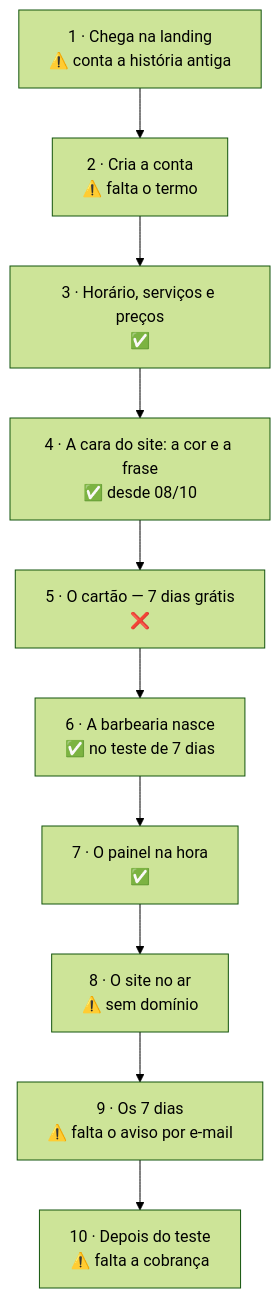
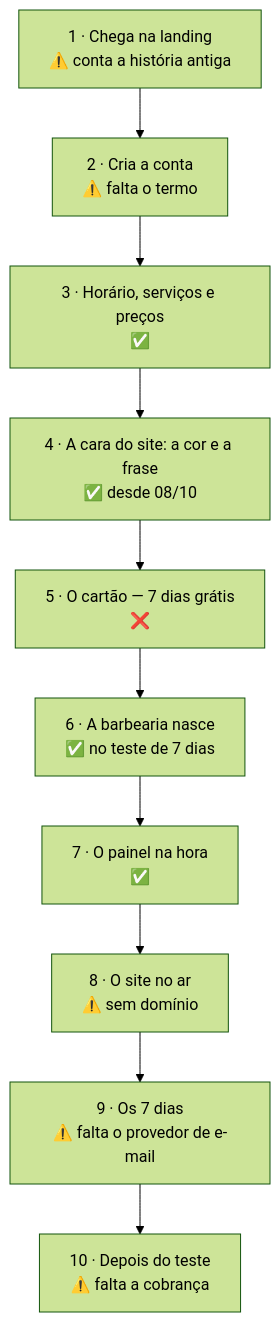
The diagram in docs/JORNADA-DO-BARBEIRO.md (Alexandfdes/Barbearia), drawn with Mermaid (forest theme) before and after one commit. The commit also changed other lines of this file and 6 other files, not shown here.

````diff
--- a/docs/JORNADA-DO-BARBEIRO.md
+++ b/docs/JORNADA-DO-BARBEIRO.md
@@ -34,12 +34,12 @@
 ```mermaid
 flowchart TD
     P1["1 · Chega na landing<br/>⚠️ conta a história antiga"] --> P2["2 · Cria a conta<br/>⚠️ falta o termo"]
     P2 --> P3["3 · Horário, serviços e preços<br/>✅"]
     P3 --> P4["4 · A cara do site: a cor e a frase<br/>✅ desde 08/10"]
     P4 --> P5["5 · O cartão — 7 dias grátis<br/>❌"]
     P5 --> P6["6 · A barbearia nasce<br/>✅ no teste de 7 dias"]
     P6 --> P7["7 · O painel na hora<br/>✅"]
     P7 --> P8["8 · O site no ar<br/>⚠️ sem domínio"]
-    P8 --> P9["9 · Os 7 dias<br/>⚠️ falta o aviso por e-mail"]
+    P8 --> P9["9 · Os 7 dias<br/>⚠️ falta o provedor de e-mail"]
     P9 --> P10["10 · Depois do teste<br/>⚠️ falta a cobrança"]
 ```
````
